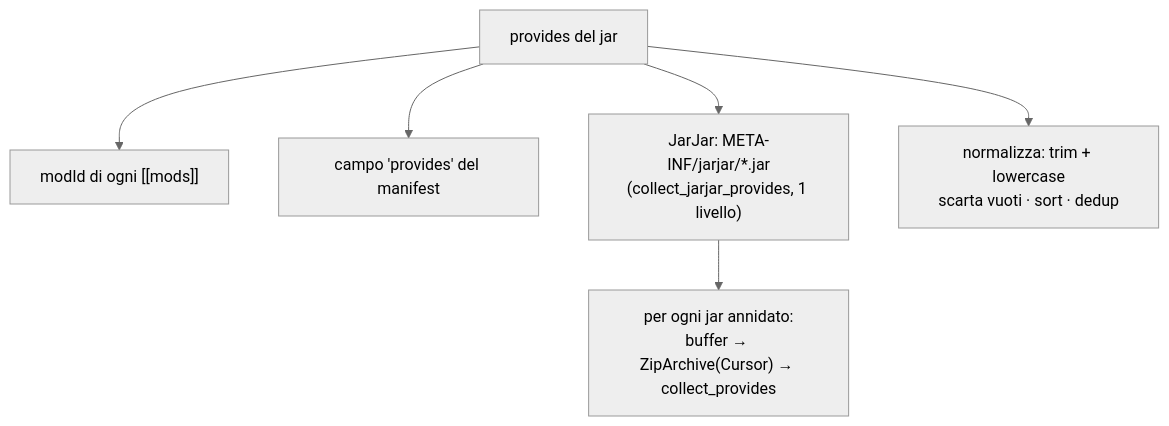
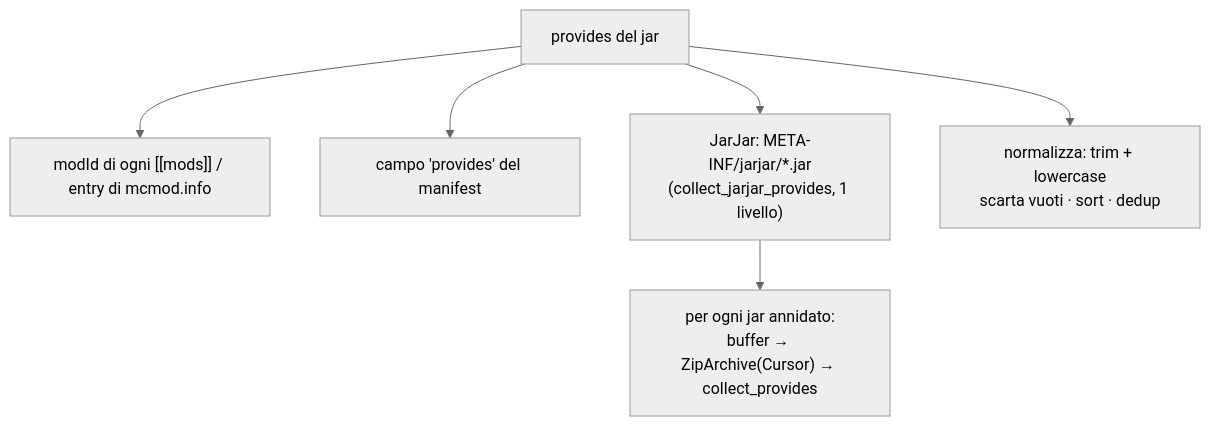
One commit to Alexkill536ITA/ForgeModpack changed the fourth of 5 diagrams in docs/it/tecnica/06-scansione.md. Above: the diagram before and after it, drawn with Mermaid (neutral theme). The commit also changed other lines of this file and 21 other files, not shown here.

````diff
--- a/docs/it/tecnica/06-scansione.md
+++ b/docs/it/tecnica/06-scansione.md
@@ -71,8 +136,8 @@
 ```mermaid
 graph TD
-    P["provides del jar"] --> M1["modId di ogni [[mods]]"]
+    P["provides del jar"] --> M1["modId di ogni [[mods]] / entry di mcmod.info"]
     P --> M2["campo 'provides' del manifest"]
     P --> M3["JarJar: META-INF/jarjar/*.jar<br/>(collect_jarjar_provides, 1 livello)"]
     M3 --> N["per ogni jar annidato:<br/>buffer → ZipArchive(Cursor) → collect_provides"]
     P --> Norm["normalizza: trim + lowercase<br/>scarta vuoti · sort · dedup"]
 ```
````
